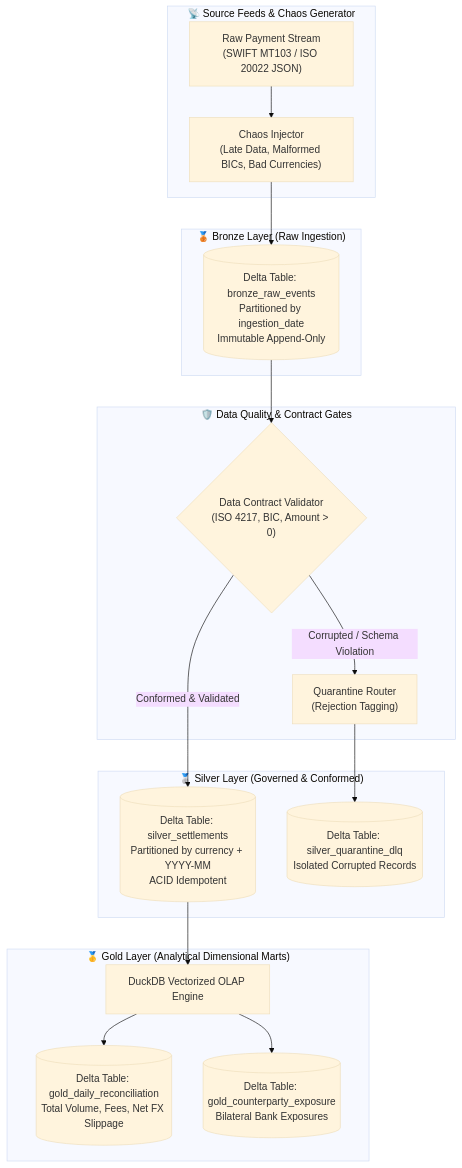
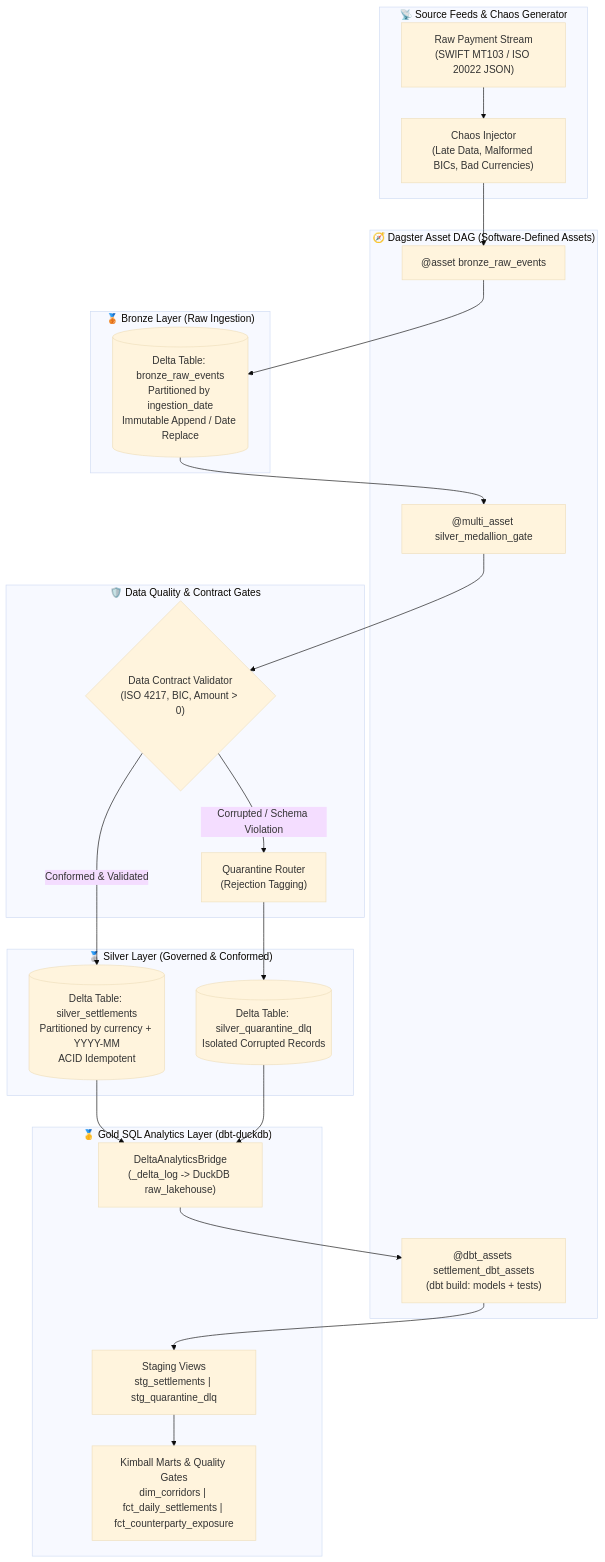
One commit to ronaldreighsrsc/delta-settlement-lakehouse changed the diagram in README.md. Above: the diagram before and after it, drawn with Mermaid (base theme). The commit also changed other lines of this file and 27 other files, not shown here.

Commit message:
feat(analytics): add dbt-duckdb SQL marts and Dagster asset orchestration (Spec 002)

````diff
--- a/README.md
+++ b/README.md
@@ -30,35 +33,39 @@
 ```mermaid
 flowchart TD
     subgraph Ingestion ["📡 Source Feeds & Chaos Generator"]
         RawEvents["Raw Payment Stream\n(SWIFT MT103 / ISO 20022 JSON)"]
         Chaos["Chaos Injector\n(Late Data, Malformed BICs, Bad Currencies)"]
     end
 
+    subgraph Orchestration ["🧭 Dagster Asset DAG (Software-Defined Assets)"]
+        BronzeAsset["@asset bronze_raw_events"]
+        SilverGate["@multi_asset silver_medallion_gate"]
+        DbtAssets["@dbt_assets settlement_dbt_assets\n(dbt build: models + tests)"]
+    end
+
     subgraph Bronze ["🥉 Bronze Layer (Raw Ingestion)"]
-        BronzeDelta[("Delta Table: bronze_raw_events\nPartitioned by ingestion_date\nImmutable Append-Only")]
+        BronzeDelta[("Delta Table: bronze_raw_events\nPartitioned by ingestion_date\nImmutable Append / Date Replace")]
     end
 
     subgraph Governance ["🛡️ Data Quality & Contract Gates"]
         ContractGate{"Data Contract Validator\n(ISO 4217, BIC, Amount > 0)"}
         DLQ["Quarantine Router\n(Rejection Tagging)"]
     end
 
     subgraph Silver ["🥈 Silver Layer (Governed & Conformed)"]
         SilverDelta[("Delta Table: silver_settlements\nPartitioned by currency + YYYY-MM\nACID Idempotent")]
         DLQDelta[("Delta Table: silver_quarantine_dlq\nIsolated Corrupted Records")]
     end
 
-    subgraph Gold ["🥇 Gold Layer (Analytical Dimensional Marts)"]
-        Olap["DuckDB Vectorized OLAP Engine"]
-        GoldRecon[("Delta Table: gold_daily_reconciliation\nTotal Volume, Fees, Net FX Slippage")]
-        GoldExposure[("Delta Table: gold_counterparty_exposure\nBilateral Bank Exposures")]
+    subgraph dbtAnalytics ["🥇 Gold SQL Analytics Layer (dbt-duckdb)"]
+        Bridge["DeltaAnalyticsBridge\n(_delta_log -> DuckDB raw_lakehouse)"]
+        Staging["Staging Views\nstg_settlements | stg_quarantine_dlq"]
+        Marts["Kimball Marts & Quality Gates\ndim_corridors | fct_daily_settlements | fct_counterparty_exposure"]
     end
 
-    RawEvents --> Chaos --> BronzeDelta
-    BronzeDelta --> ContractGate
+    RawEvents --> Chaos --> BronzeAsset --> BronzeDelta
+    BronzeDelta --> SilverGate --> ContractGate
     ContractGate -- "Corrupted / Schema Violation" --> DLQ --> DLQDelta
     ContractGate -- "Conformed & Validated" --> SilverDelta
-    SilverDelta --> Olap
-    Olap --> GoldRecon
-    Olap --> GoldExposure
+    SilverDelta & DLQDelta --> Bridge --> DbtAssets --> Staging --> Marts
 ```
````
